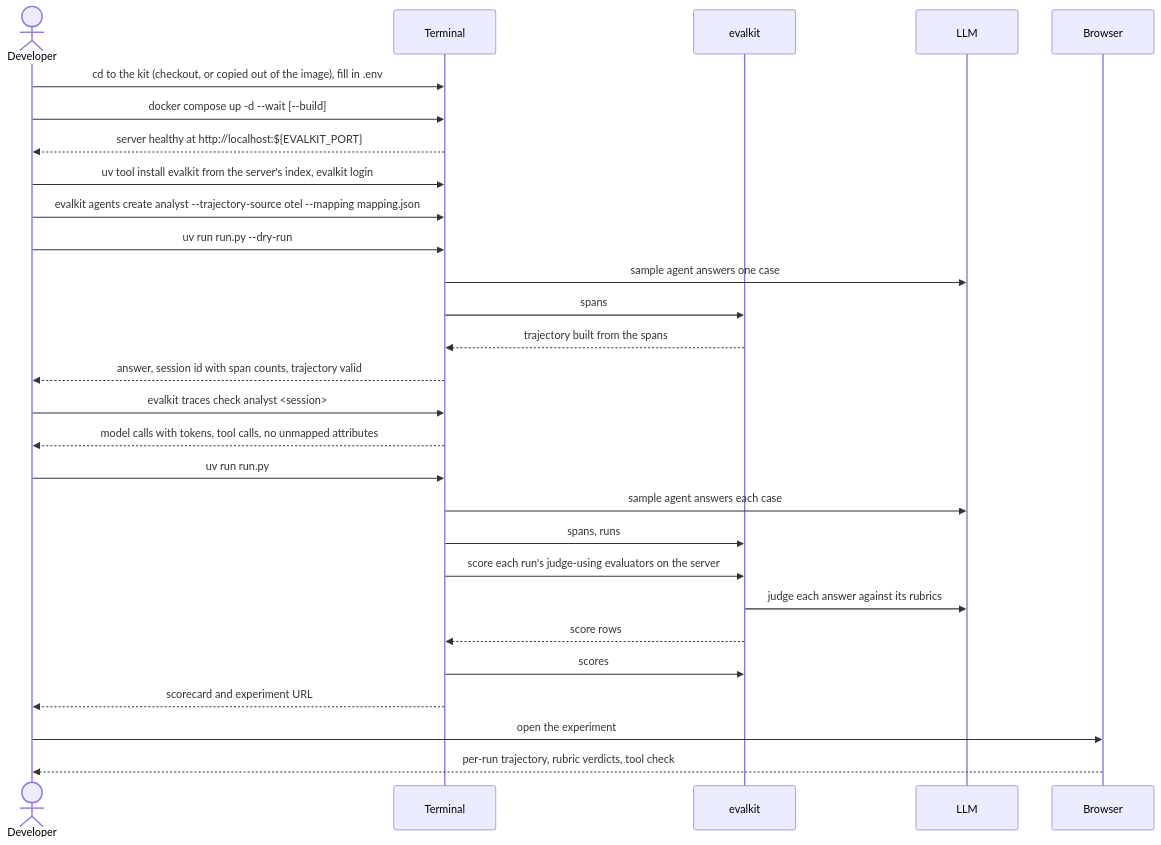
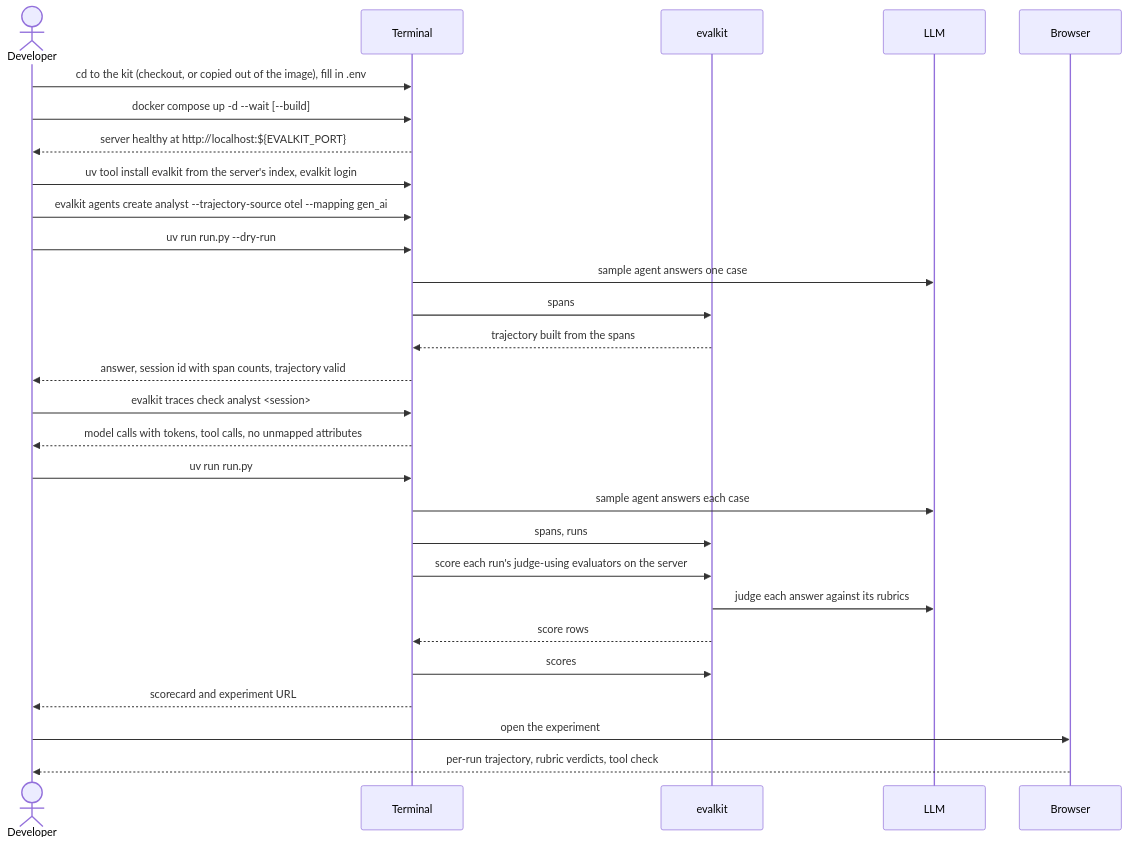
Before and after one commit to inferedge-ai/evalkit: the diagram in docs/flows/18-try-it-stack.md, drawn with Mermaid. The commit also changed other lines of this file and 33 other files, not shown here.

````diff
--- a/docs/flows/18-try-it-stack.md
+++ b/docs/flows/18-try-it-stack.md
@@ -18,31 +18,31 @@
 ```mermaid
 sequenceDiagram
   actor D as Developer
   participant T as Terminal
   participant E as evalkit
   participant L as LLM
   participant B as Browser
 
   D->>T: cd to the kit (checkout, or copied out of the image), fill in .env
   D->>T: docker compose up -d --wait [--build]
   T-->>D: server healthy at http://localhost:${EVALKIT_PORT}
   D->>T: uv tool install evalkit from the server's index, evalkit login
-  D->>T: evalkit agents create analyst --trajectory-source otel --mapping mapping.json
+  D->>T: evalkit agents create analyst --trajectory-source otel --mapping gen_ai
   D->>T: uv run run.py --dry-run
   T->>L: sample agent answers one case
   T->>E: spans
   E-->>T: trajectory built from the spans
   T-->>D: answer, session id with span counts, trajectory valid
   D->>T: evalkit traces check analyst <session>
   T-->>D: model calls with tokens, tool calls, no unmapped attributes
   D->>T: uv run run.py
   T->>L: sample agent answers each case
   T->>E: spans, runs
   T->>E: score each run's judge-using evaluators on the server
   E->>L: judge each answer against its rubrics
   E-->>T: score rows
   T->>E: scores
   T-->>D: scorecard and experiment URL
   D->>B: open the experiment
   B-->>D: per-run trajectory, rubric verdicts, tool check
 ```
````
